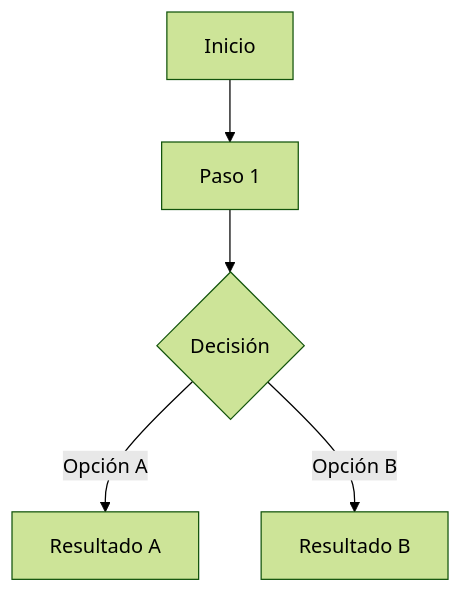
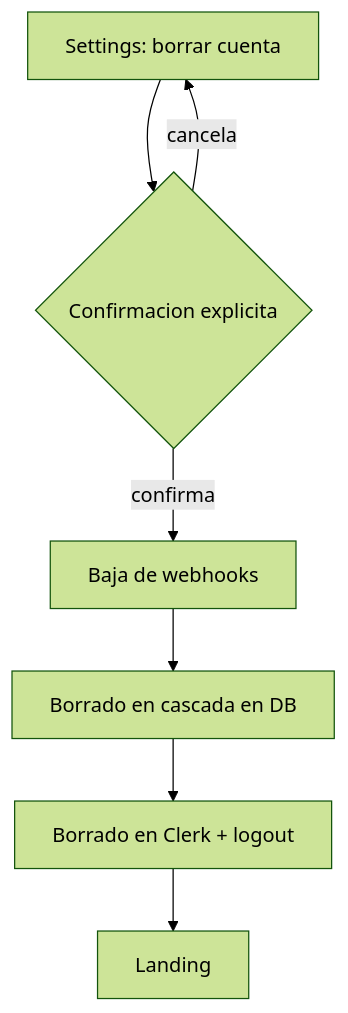
The fifth of 5 diagrams in docs/user-flows.md (polmarza/snapstack), drawn with Mermaid (forest theme) before and after one commit. The commit also changed other lines of this file and 39 other files, not shown here.

````diff
--- a/docs/user-flows.md
+++ b/docs/user-flows.md
@@ -36,7 +182,9 @@
 ```mermaid
 flowchart TD
-  A[Inicio] --> B[Paso 1]
-  B --> C{Decisión}
-  C -->|Opción A| D[Resultado A]
-  C -->|Opción B| E[Resultado B]
+  A[Settings: borrar cuenta] --> B{Confirmacion explicita}
+  B -->|cancela| A
+  B -->|confirma| C[Baja de webhooks]
+  C --> D[Borrado en cascada en DB]
+  D --> E[Borrado en Clerk + logout]
+  E --> F[Landing]
 ```
````
